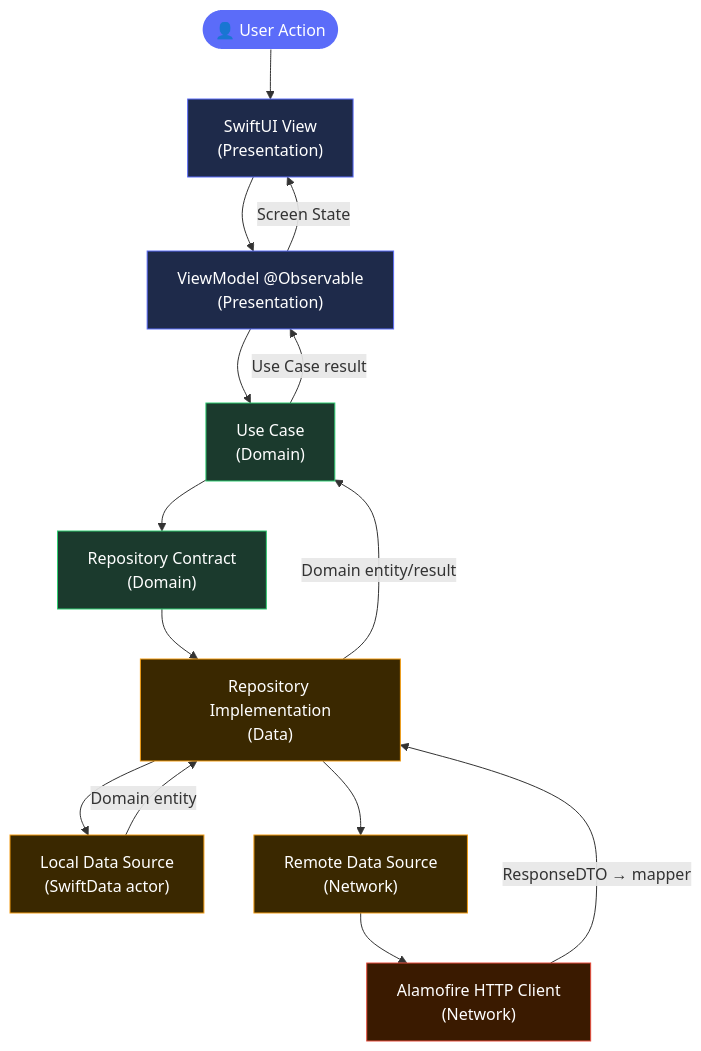
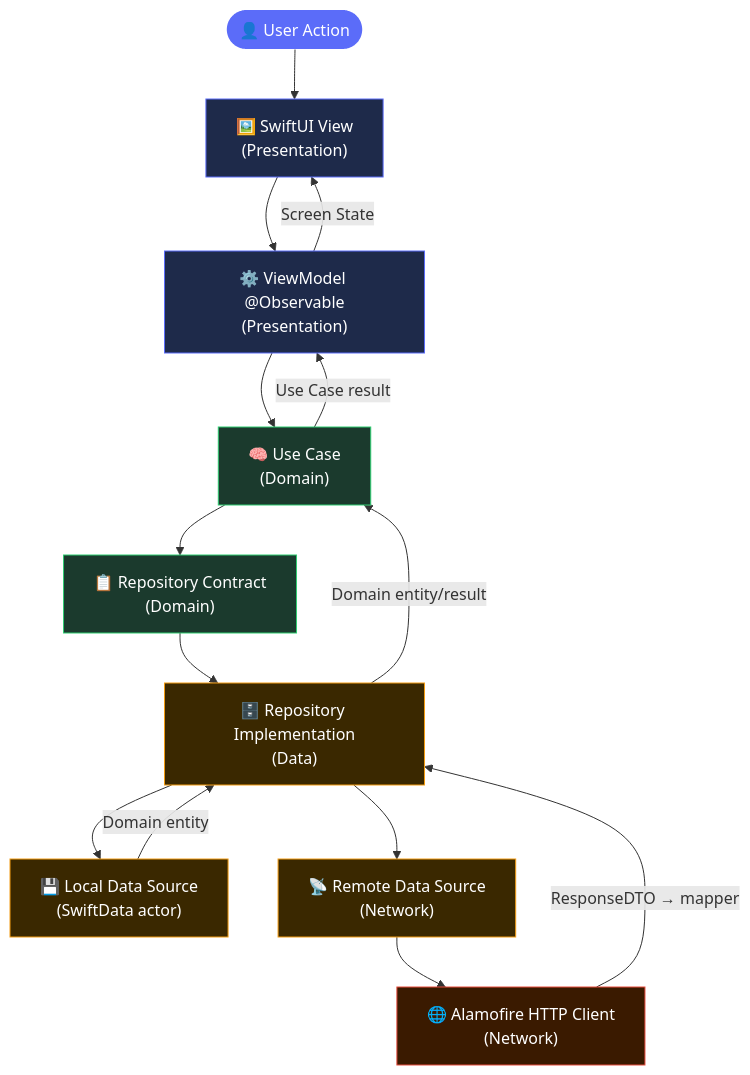
Before and after one commit to Awan-app/Awan-iOS: the first of 2 diagrams in README.md, drawn with Mermaid. The commit also changed other lines of this file, not shown here.

Commit message:
docs: enhance README with descriptive emojis for sections, tables, and diagrams

````diff
--- a/README.md
+++ b/README.md
@@ -27,27 +27,27 @@
 ```mermaid
 flowchart TD
-    A(["👤 User Action"]) --> B["SwiftUI View\n(Presentation)"]
-    B --> C["ViewModel @Observable\n(Presentation)"]
-    C --> D["Use Case\n(Domain)"]
-    D --> E["Repository Contract\n(Domain)"]
-    E --> F["Repository Implementation\n(Data)"]
-    F --> G["Local Data Source\n(SwiftData actor)"]
-    F --> H["Remote Data Source\n(Network)"]
-    H --> I["Alamofire HTTP Client\n(Network)"]
+    A(["👤 User Action"]) --> B["🖼️ SwiftUI View\n(Presentation)"]
+    B --> C["⚙️ ViewModel @Observable\n(Presentation)"]
+    C --> D["🧠 Use Case\n(Domain)"]
+    D --> E["📋 Repository Contract\n(Domain)"]
+    E --> F["🗄️ Repository Implementation\n(Data)"]
+    F --> G["💾 Local Data Source\n(SwiftData actor)"]
+    F --> H["📡 Remote Data Source\n(Network)"]
+    H --> I["🌐 Alamofire HTTP Client\n(Network)"]
 
     G -- "Domain entity" --> F
     I -- "ResponseDTO → mapper" --> F
     F -- "Domain entity/result" --> D
     D -- "Use Case result" --> C
     C -- "Screen State" --> B
 
     style A fill:#5B6CF9,color:#fff,stroke:none
     style B fill:#1E2A4A,color:#fff,stroke:#5B6CF9
     style C fill:#1E2A4A,color:#fff,stroke:#5B6CF9
     style D fill:#1B3A2D,color:#fff,stroke:#2ECC71
     style E fill:#1B3A2D,color:#fff,stroke:#2ECC71
     style F fill:#3A2800,color:#fff,stroke:#F39C12
     style G fill:#3A2800,color:#fff,stroke:#F39C12
     style H fill:#3A2800,color:#fff,stroke:#F39C12
     style I fill:#3A1A00,color:#fff,stroke:#E74C3C
 ```
````
